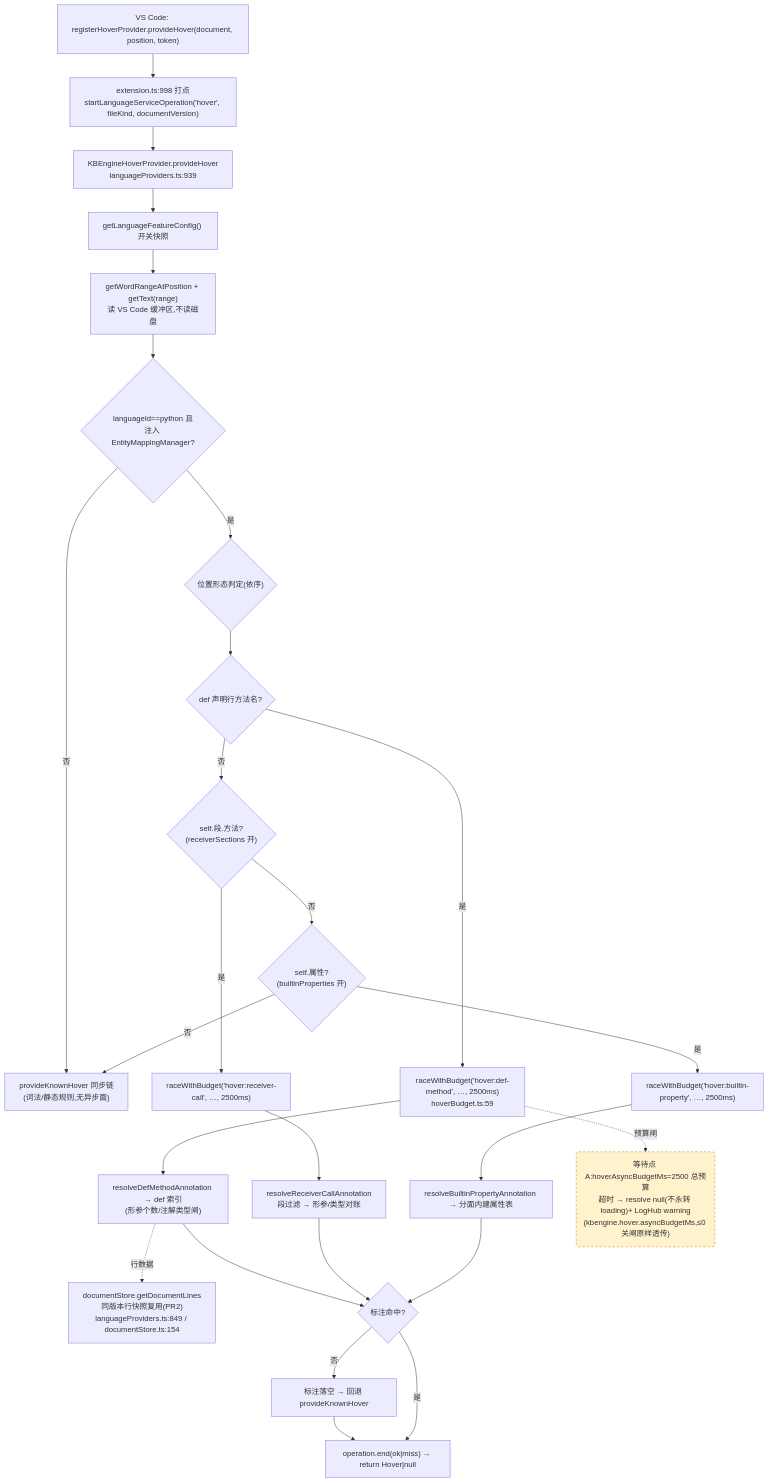
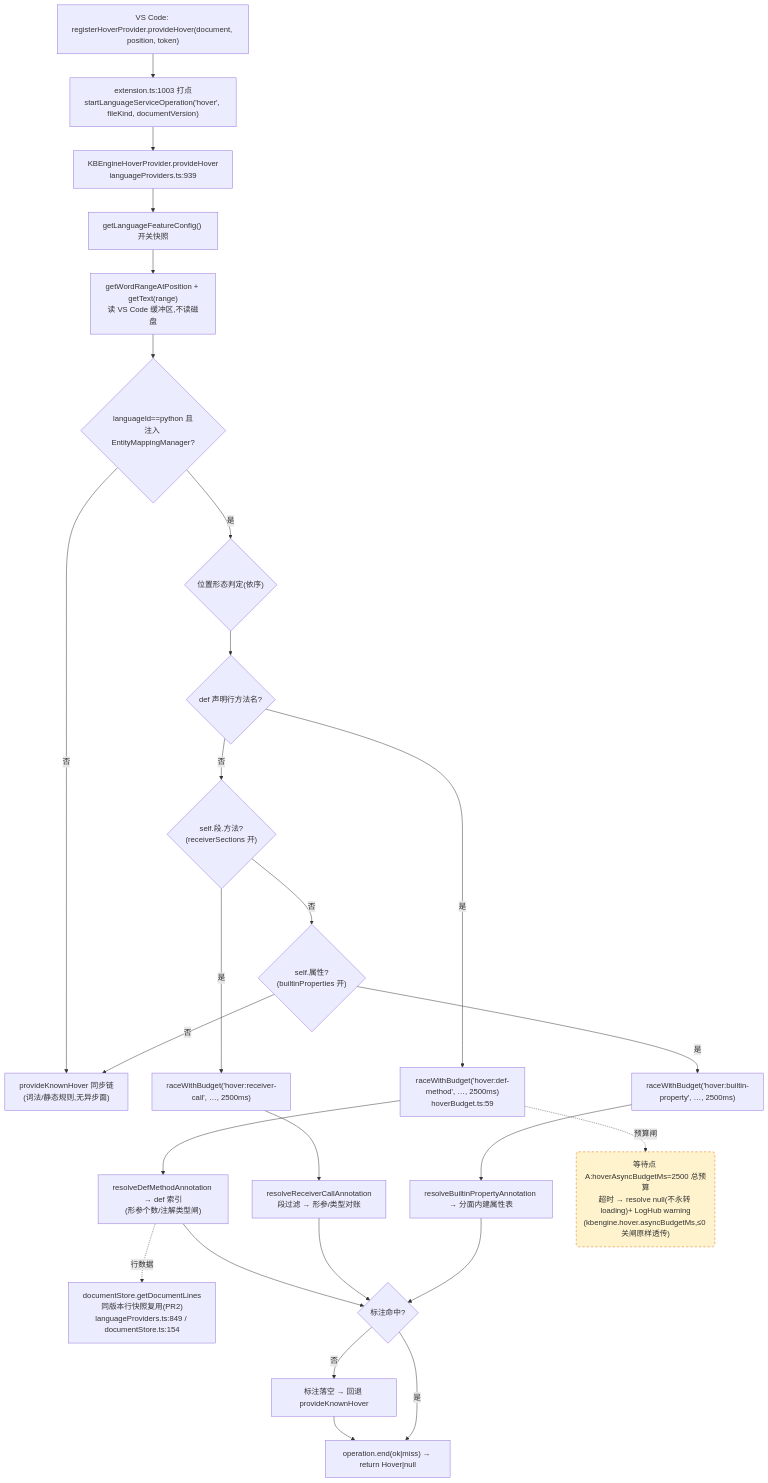
Before and after one commit to cuihairu/kode: the first of 4 diagrams in docs/perf/2026-baseline.md, drawn with Mermaid. The commit also changed other lines of this file and 7 other files, not shown here.

````diff
--- a/docs/perf/2026-baseline.md
+++ b/docs/perf/2026-baseline.md
@@ -82,45 +82,45 @@
 ```mermaid
 flowchart TD
   VC1["VS Code: registerHoverProvider.provideHover(document, position, token)"]
-  M1["extension.ts:998 打点<br/>startLanguageServiceOperation('hover', fileKind, documentVersion)"]
+  M1["extension.ts:1003 打点<br/>startLanguageServiceOperation('hover', fileKind, documentVersion)"]
   HP["KBEngineHoverProvider.provideHover<br/>languageProviders.ts:939"]
   CFG["getLanguageFeatureConfig() 开关快照"]
   WORD["getWordRangeAtPosition + getText(range)<br/>读 VS Code 缓冲区,不读磁盘"]
   BR{"languageId==python 且<br/>注入 EntityMappingManager?"}
   KN["provideKnownHover 同步链<br/>(词法/静态规则,无异步面)"]
   POS{"位置形态判定(依序)"}
   D1{"def 声明行方法名?"}
   D2{"self.段.方法?<br/>(receiverSections 开)"}
   D3{"self.属性?<br/>(builtinProperties 开)"}
   RA1["raceWithBudget('hover:def-method', …, 2500ms)<br/>hoverBudget.ts:59"]
   RA2["raceWithBudget('hover:receiver-call', …, 2500ms)"]
   RA3["raceWithBudget('hover:builtin-property', …, 2500ms)"]
   RS1["resolveDefMethodAnnotation → def 索引<br/>(形参个数/注解类型闸)"]
   RS2["resolveReceiverCallAnnotation<br/>段过滤 → 形参/类型对账"]
   RS3["resolveBuiltinPropertyAnnotation → 分面内建属性表"]
   LINES["documentStore.getDocumentLines<br/>同版本行快照复用(PR2)<br/>languageProviders.ts:849 / documentStore.ts:154"]
   MISS["标注落空 → 回退 provideKnownHover"]
   END1["operation.end(ok|miss) → return Hover|null"]
 
   VC1 --> M1 --> HP --> CFG --> WORD --> BR
   BR -- "否" --> KN
   BR -- "是" --> POS --> D1
   D1 -- "是" --> RA1 --> RS1
   D1 -- "否" --> D2
   D2 -- "是" --> RA2 --> RS2
   D2 -- "否" --> D3
   D3 -- "是" --> RA3 --> RS3
   D3 -- "否" --> KN
   RS1 --> HIT{"标注命中?"}
   RS2 --> HIT
   RS3 --> HIT
   RS1 -.->|行数据| LINES
   HIT -- "否" --> MISS --> END1
   HIT -- "是" --> END1
 
   WAITA("等待点 A:hoverAsyncBudgetMs=2500 总预算<br/>超时 → resolve null(不永转 loading)+ LogHub warning<br/>(kbengine.hover.asyncBudgetMs,≤0 关闸原样透传)")
   RA1 -.->|预算闸| WAITA
 
   classDef waitPoint fill:#fff3cd,stroke:#d97706,stroke-dasharray:5 4;
   class WAITA waitPoint;
 ```
````
